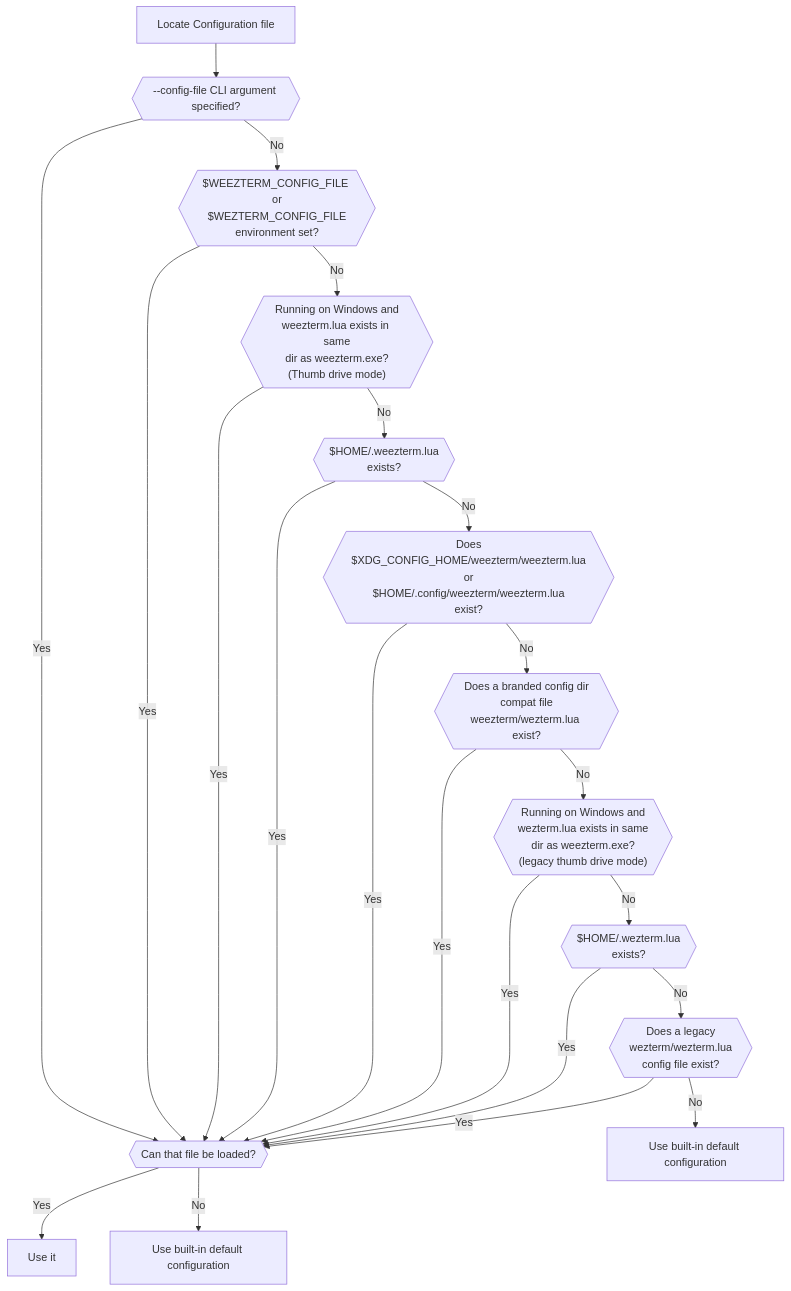
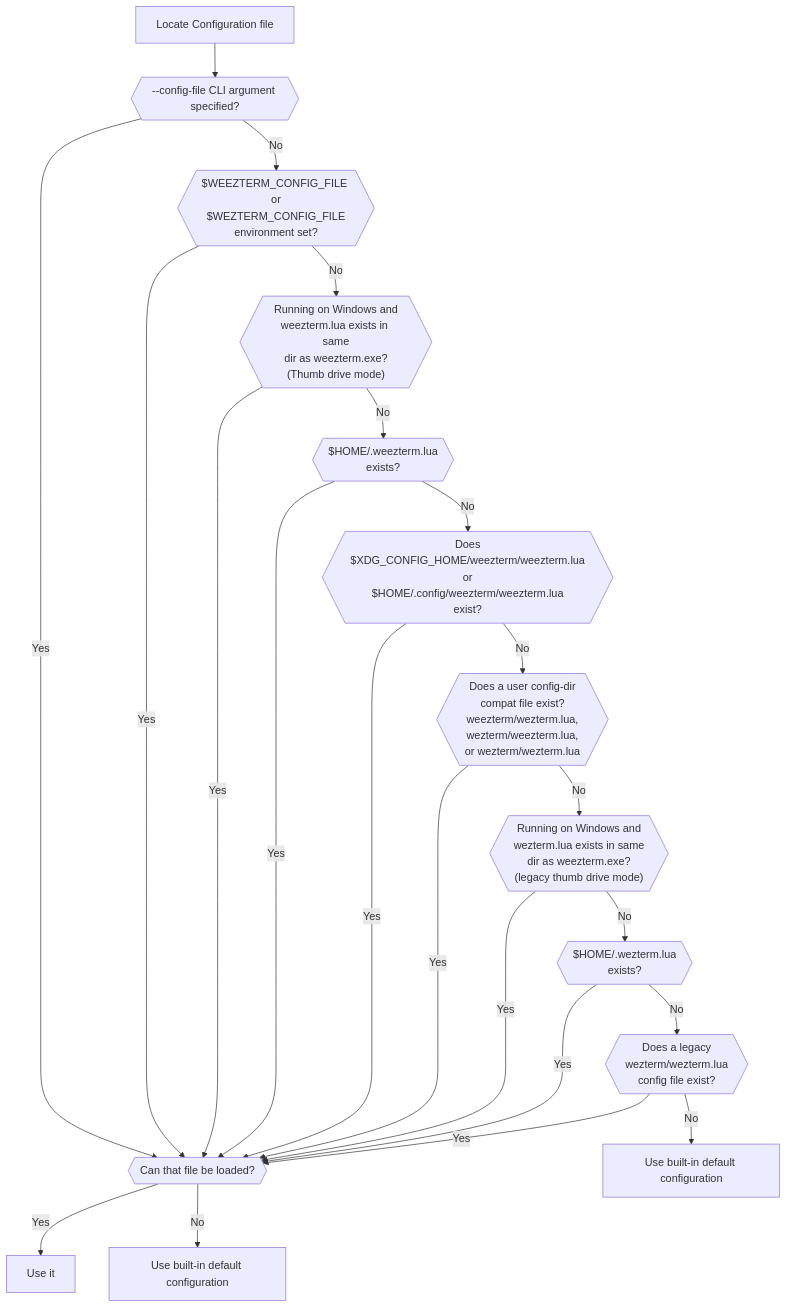
The diagram in docs/config/files.md (vicondoa/weezterm), drawn with Mermaid before and after one commit. The commit also changed 3 other files, not shown here.

````diff
--- a/docs/config/files.md
+++ b/docs/config/files.md
@@ -65,24 +65,24 @@
 ```mermaid
 graph TD
   X[Locate Configuration file] --> A{{--config-file CLI argument specified?}}
   A -->|Yes| B{{Can that file be loaded?}}
   B -->|Yes| C[Use it]
   B -->|No| D[Use built-in default configuration]
   A -->|No| E{{$WEEZTERM_CONFIG_FILE or<br/>$WEZTERM_CONFIG_FILE<br/>environment set?}}
   E -->|Yes| B
   E -->|No| F{{"Running on Windows and<br/>weezterm.lua exists in same<br/>dir as weezterm.exe?<br/>(Thumb drive mode)"}}
   F -->|Yes| B
   F -->|No| G{{"$HOME/.weezterm.lua<br/>exists?"}}
   G -->|Yes| B
   G -->|No| H{{Does<br/>$XDG_CONFIG_HOME/weezterm/weezterm.lua<br/>or<br/>$HOME/.config/weezterm/weezterm.lua<br/>exist?}}
   H -->|Yes| B
-  H -->|No| H2{{Does a branded config dir<br/>compat file<br/>weezterm/wezterm.lua exist?}}
+  H -->|No| H2{{Does a user config-dir<br/>compat file exist?<br/>weezterm/wezterm.lua,<br/>wezterm/weezterm.lua,<br/>or wezterm/wezterm.lua}}
   H2 -->|Yes| B
   H2 -->|No| I{{"Running on Windows and<br/>wezterm.lua exists in same<br/>dir as weezterm.exe?<br/>(legacy thumb drive mode)"}}
   I -->|Yes| B
   I -->|No| J{{"$HOME/.wezterm.lua<br/>exists?"}}
   J -->|Yes| B
   J -->|No| K{{Does a legacy<br/>wezterm/wezterm.lua<br/>config file exist?}}
   K -->|Yes| B
   K -->|No| L[Use built-in default configuration]
 ```
````
